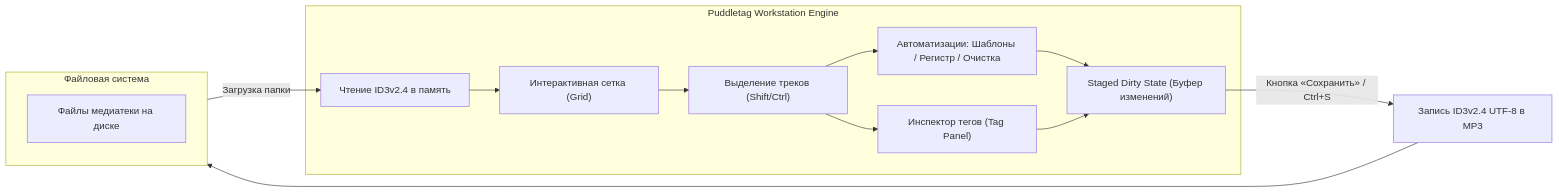
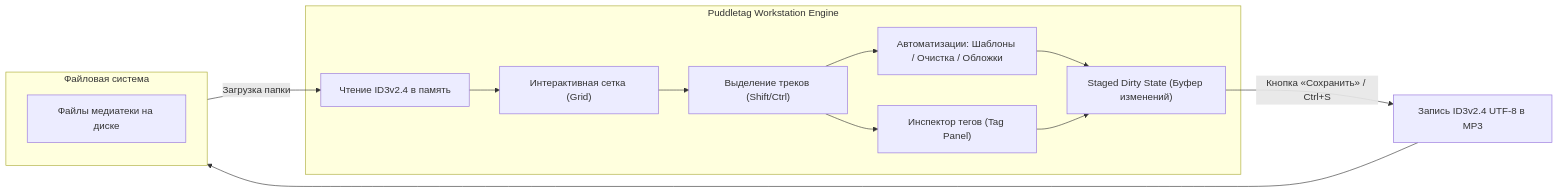
One commit to kex1tu/music_service changed the second of 2 diagrams in USERGUIDE.md. Above: the diagram before and after it, drawn with Mermaid. The commit also changed other lines of this file and 12 other files, not shown here.

````diff
--- a/USERGUIDE.md
+++ b/USERGUIDE.md
@@ -276,25 +276,25 @@
 ```mermaid
 flowchart LR
     subgraph Filesystem [Файловая система]
         A["Файлы медиатеки на диске"]
     end
 
     subgraph PuddletagEngine [Puddletag Workstation Engine]
         B["Чтение ID3v2.4 в память"]
         C["Интерактивная сетка (Grid)"]
         D["Выделение треков (Shift/Ctrl)"]
-        E["Автоматизации: Шаблоны / Регистр / Очистка"]
+        E["Автоматизации: Шаблоны / Очистка / Обложки"]
         F["Инспектор тегов (Tag Panel)"]
         G["Staged Dirty State (Буфер изменений)"]
     end
 
     Filesystem -->|Загрузка папки| B
     B --> C
     C --> D
     D --> E
     D --> F
     E --> G
     F --> G
     G -->|Кнопка «Сохранить» / Ctrl+S| H["Запись ID3v2.4 UTF-8 в MP3"]
     H --> Filesystem
 ```
````
